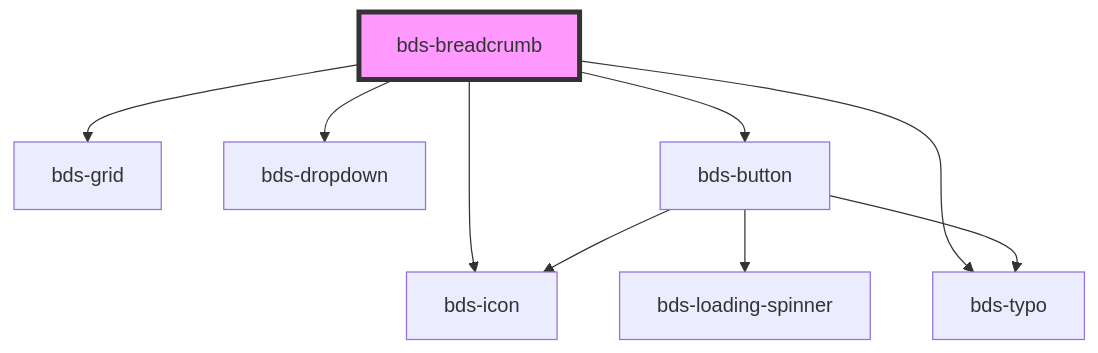
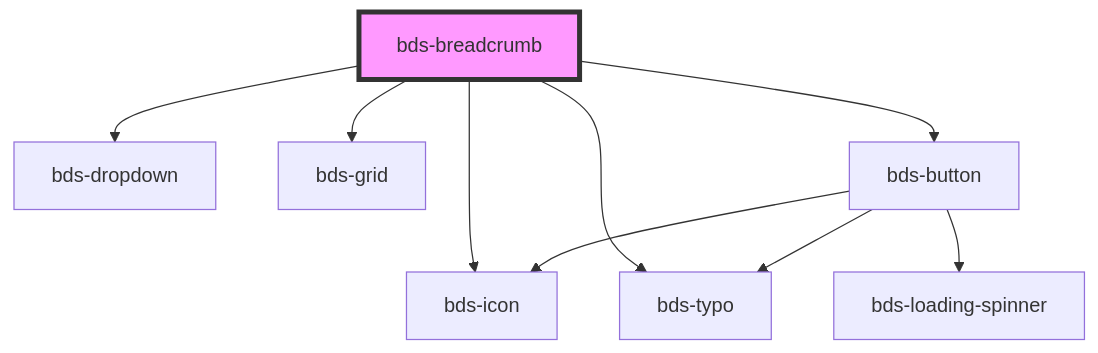
The diagram in src/components/breadcrumb/readme.md (takenet/blip-ds), drawn with Mermaid before and after one commit. The commit also changed other lines of this file and 6 other files, not shown here.

````diff
--- a/src/components/breadcrumb/readme.md
+++ b/src/components/breadcrumb/readme.md
@@ -26,12 +27,12 @@
 ```mermaid
 graph TD;
+  bds-breadcrumb --> bds-dropdown
   bds-breadcrumb --> bds-grid
-  bds-breadcrumb --> bds-dropdown
   bds-breadcrumb --> bds-icon
+  bds-breadcrumb --> bds-typo
   bds-breadcrumb --> bds-button
-  bds-breadcrumb --> bds-typo
   bds-button --> bds-loading-spinner
   bds-button --> bds-icon
   bds-button --> bds-typo
   style bds-breadcrumb fill:#f9f,stroke:#333,stroke-width:4px
 ```
````
